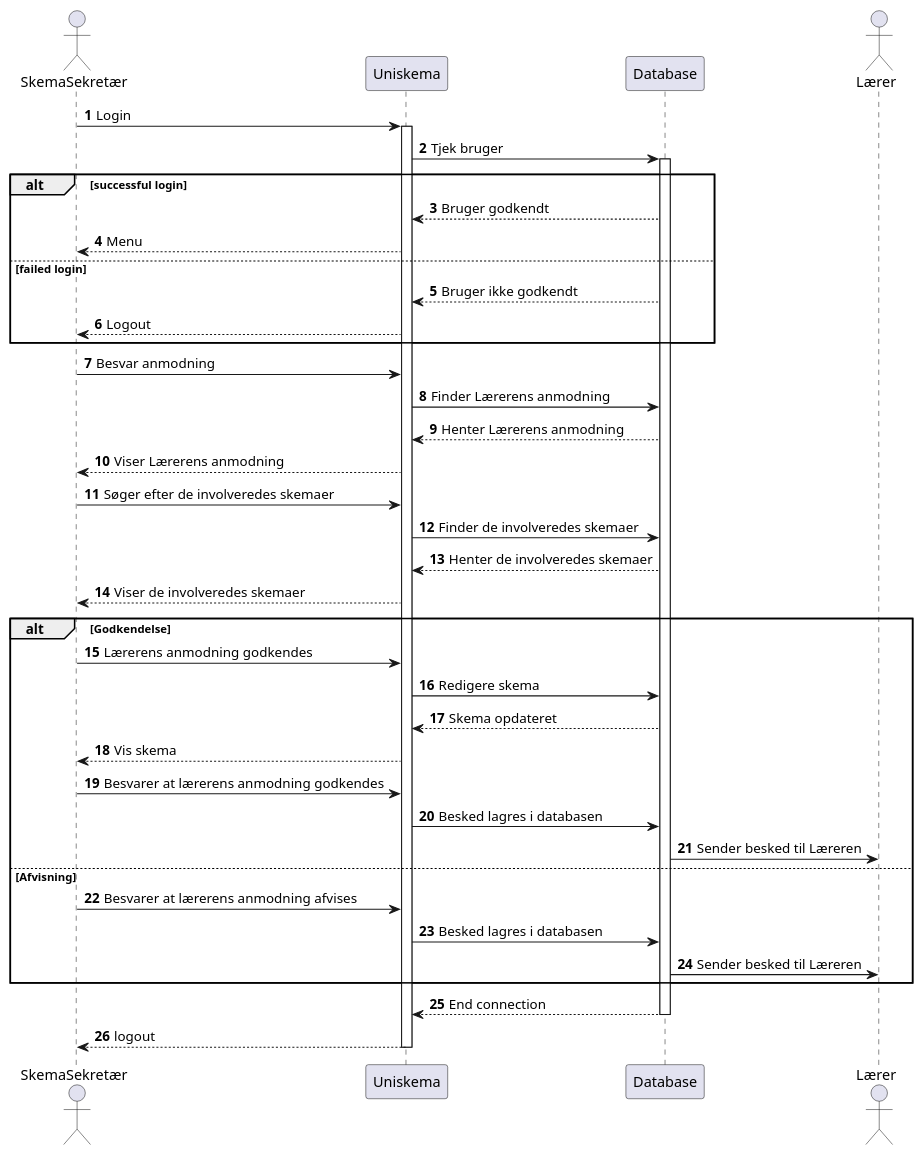
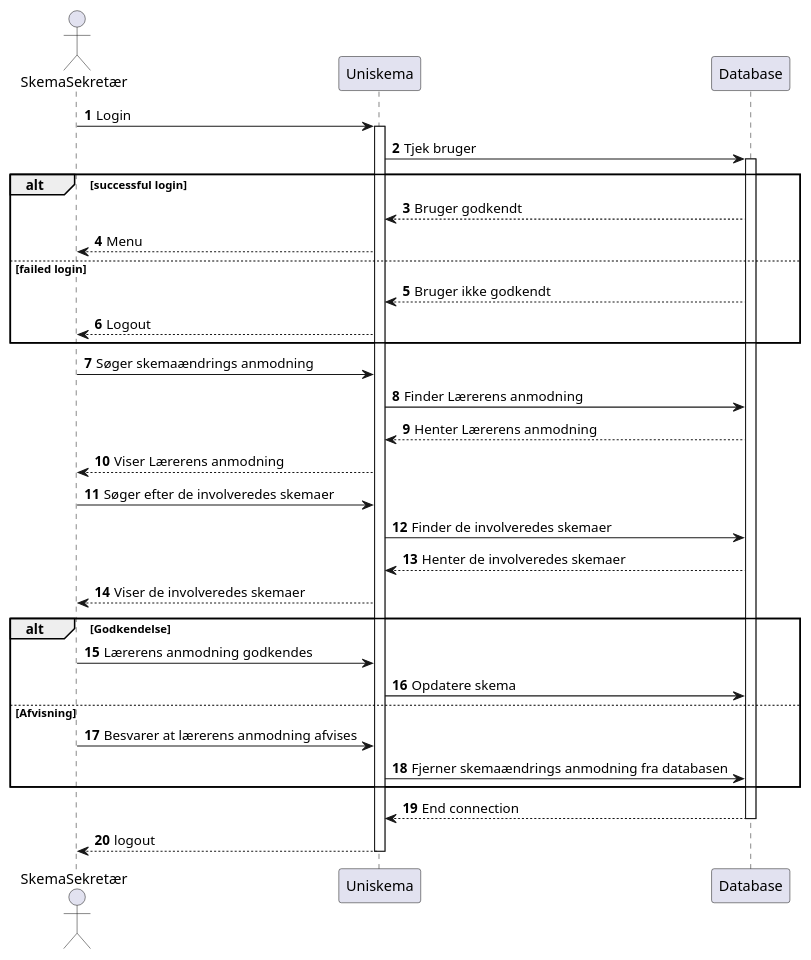
One commit to MadsSchroder/Systemudvikling-Eksamen-KU changed the diagram in Diagrams/SSD SkemaSekretær.puml. Above: the diagram before and after it, drawn with PlantUML. The commit also changed 5 other files, not shown here.

```diff
--- a/Diagrams/SSD SkemaSekretær.puml
+++ b/Diagrams/SSD SkemaSekretær.puml
@@ -1,39 +1,34 @@
 @startuml
 autonumber
 Actor SkemaSekretær
 SkemaSekretær -> Uniskema: Login
 Activate Uniskema
 Uniskema -> Database: Tjek bruger
 Activate Database
-Actor Lærer
 alt successful login
     Uniskema <-- Database: Bruger godkendt
     SkemaSekretær <-- Uniskema: Menu
 else failed login
     Uniskema <-- Database: Bruger ikke godkendt
     SkemaSekretær <-- Uniskema: Logout
 end
-SkemaSekretær -> Uniskema: Besvar anmodning
+SkemaSekretær -> Uniskema: Søger skemaændrings anmodning
 Uniskema -> Database: Finder Lærerens anmodning
 Uniskema <-- Database: Henter Lærerens anmodning
 SkemaSekretær <-- Uniskema: Viser Lærerens anmodning
 SkemaSekretær -> Uniskema: Søger efter de involveredes skemaer
 Uniskema -> Database: Finder de involveredes skemaer
 Uniskema <-- Database: Henter de involveredes skemaer
 SkemaSekretær <-- Uniskema: Viser de involveredes skemaer
 alt Godkendelse
     SkemaSekretær -> Uniskema: Lærerens anmodning godkendes
-    Uniskema -> Database: Redigere skema
-    Uniskema <-- Database: Skema opdateret
-    SkemaSekretær <-- Uniskema: Vis skema
-    SkemaSekretær -> Uniskema: Besvarer at lærerens anmodning godkendes
-    Uniskema -> Database: Besked lagres i databasen
-    Database -> Lærer: Sender besked til Læreren
+    Uniskema -> Database: Opdatere skema
+
 else Afvisning
     SkemaSekretær -> Uniskema: Besvarer at lærerens anmodning afvises
-    Uniskema -> Database: Besked lagres i databasen
-    Database -> Lærer: Sender besked til Læreren
+    Uniskema -> Database: Fjerner skemaændrings anmodning fra databasen
+
 end
 return End connection
 return logout
 @enduml
```
